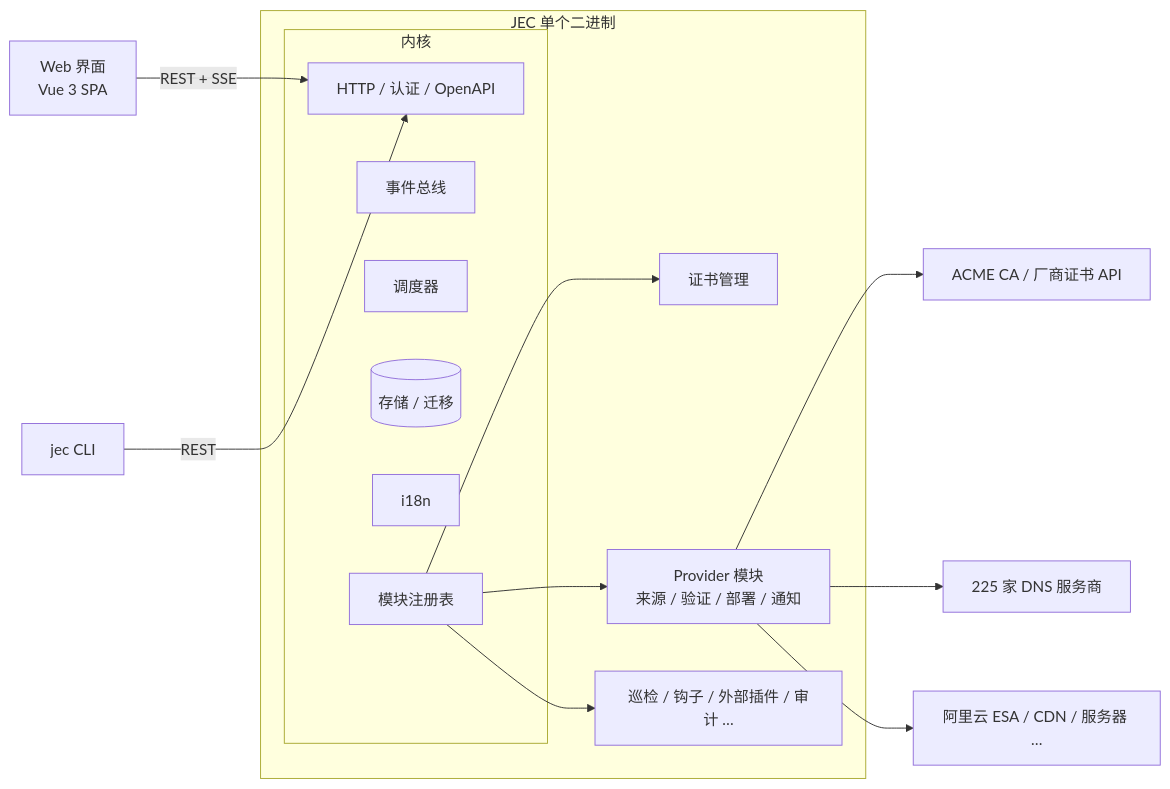
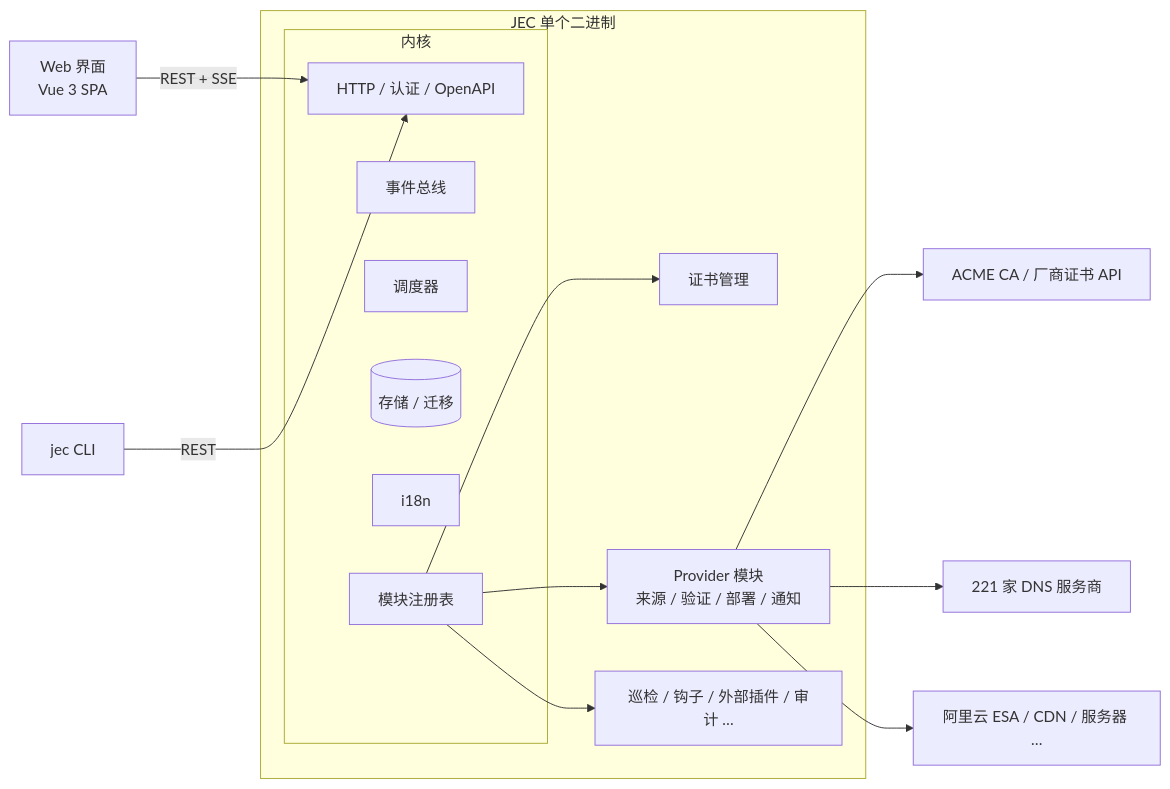
The first of 2 diagrams in PLAN.md (XMZO/JustEnoughCerts), drawn with Mermaid before and after one commit. The commit also changed other lines of this file and 1 other file, not shown here.

First line of the commit message:
docs: plan the provider registry, the lego DNS providers and ACME

````diff
--- a/PLAN.md
+++ b/PLAN.md
@@ -75,21 +75,21 @@
 ```mermaid
 flowchart LR
   UI[Web 界面<br/>Vue 3 SPA] -->|REST + SSE| API
   CLI[jec CLI] -->|REST| API
   subgraph JEC 单个二进制
     subgraph Kernel[内核]
       API[HTTP / 认证 / OpenAPI]
       Bus[事件总线]
       Sched[调度器]
       Store[(存储 / 迁移)]
       I18N[i18n]
       Reg[模块注册表]
     end
     Reg --> M1[证书管理]
     Reg --> M2[Provider 模块<br/>来源 / 验证 / 部署 / 通知]
     Reg --> M3[巡检 / 钩子 / 外部插件 / 审计 …]
   end
   M2 --> NC[ACME CA / 厂商证书 API]
-  M2 --> DNS[225 家 DNS 服务商]
+  M2 --> DNS[221 家 DNS 服务商]
   M2 --> ESA[阿里云 ESA / CDN / 服务器 …]
 ```
````
